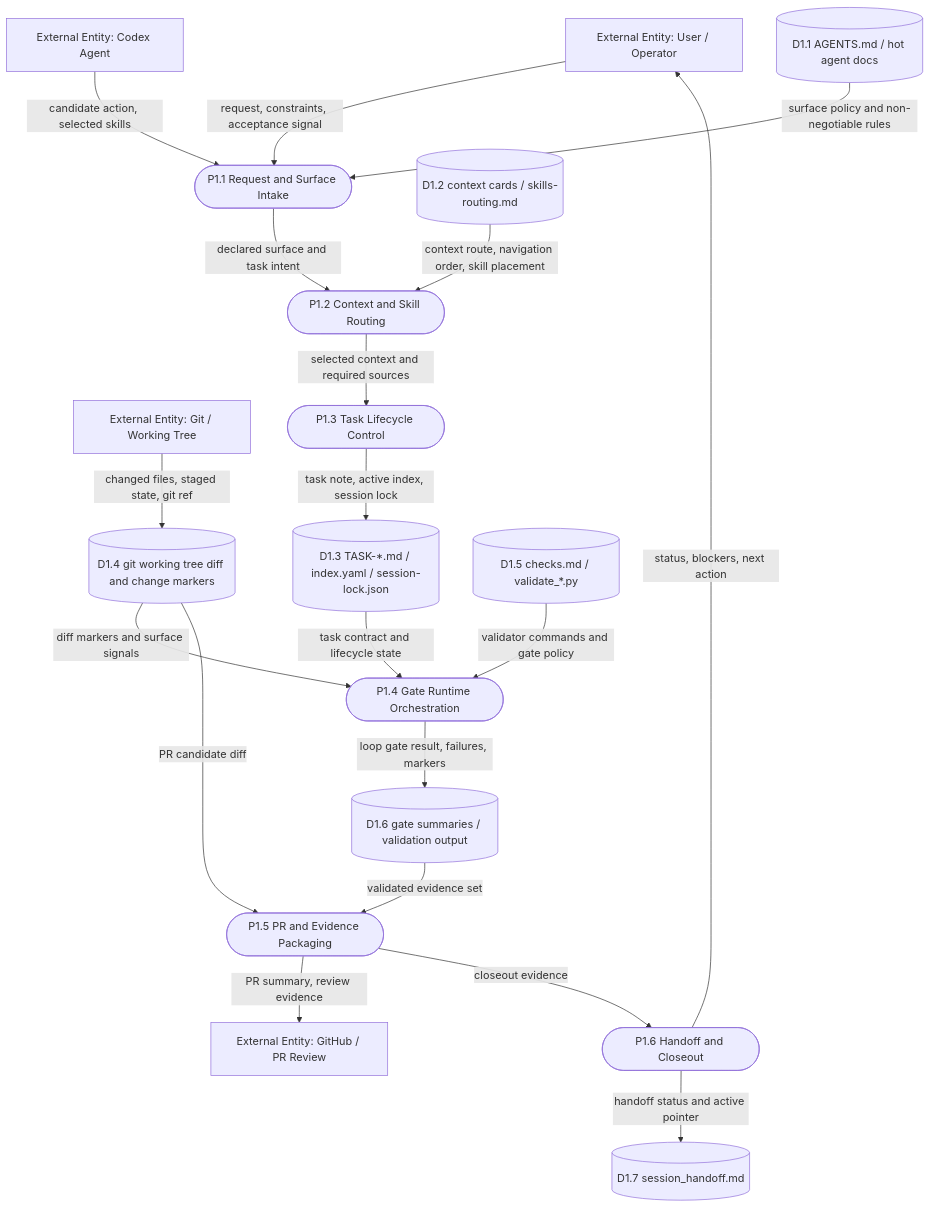
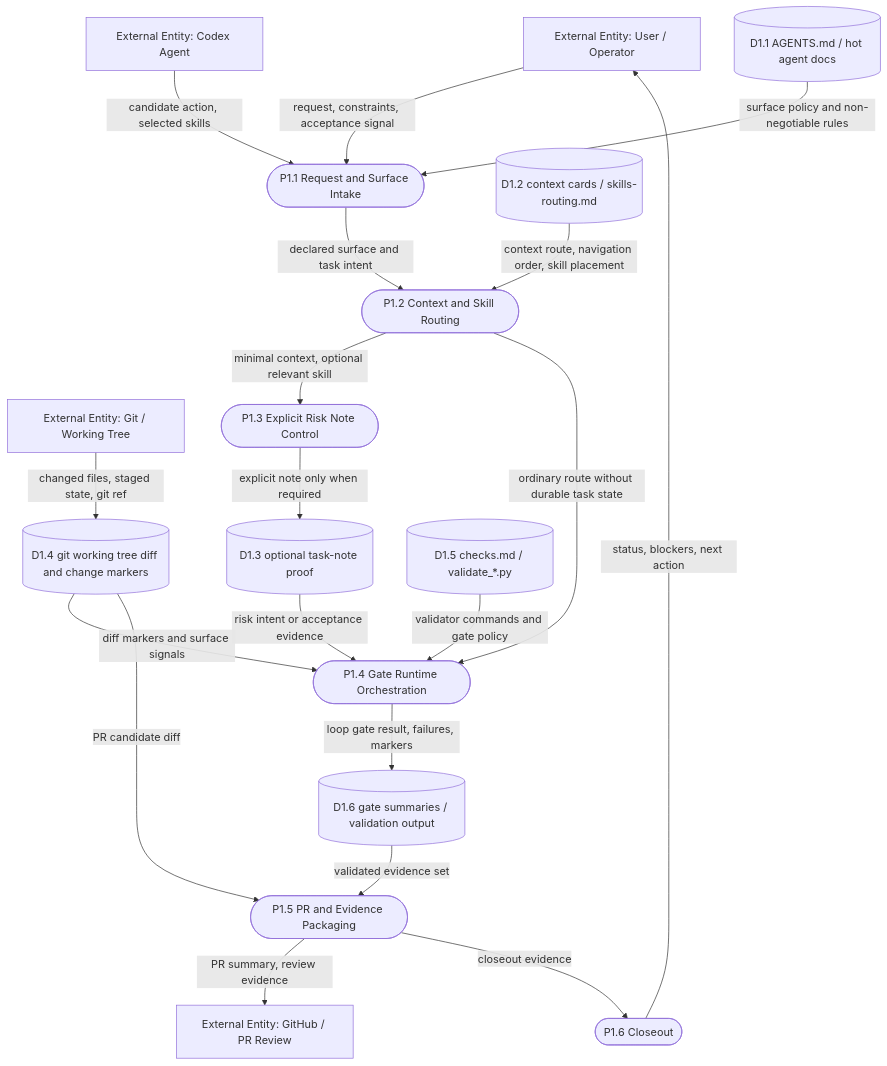
One commit to deusexrenovatio-arch/trading-advisor-3000 changed the diagram in docs/obsidian/dfd/level-1-delivery-shell.md. Above: the diagram before and after it, drawn with Mermaid. The commit also changed other lines of this file and 157 other files, not shown here.

````diff
--- a/docs/obsidian/dfd/level-1-delivery-shell.md
+++ b/docs/obsidian/dfd/level-1-delivery-shell.md
@@ -26,41 +26,40 @@
 ```mermaid
 flowchart TB
     User["External Entity: User / Operator"]
     Agent["External Entity: Codex Agent"]
     Git["External Entity: Git / Working Tree"]
     GitHub["External Entity: GitHub / PR Review"]
 
     P11(["P1.1 Request and Surface Intake"])
     P12(["P1.2 Context and Skill Routing"])
-    P13(["P1.3 Task Lifecycle Control"])
+    P13(["P1.3 Explicit Risk Note Control"])
     P14(["P1.4 Gate Runtime Orchestration"])
     P15(["P1.5 PR and Evidence Packaging"])
-    P16(["P1.6 Handoff and Closeout"])
+    P16(["P1.6 Closeout"])
 
     D11[("D1.1 AGENTS.md / hot agent docs")]
     D12[("D1.2 context cards / skills-routing.md")]
-    D13[("D1.3 TASK-*.md / index.yaml / session-lock.json")]
+    D13[("D1.3 optional task-note proof")]
     D14[("D1.4 git working tree diff and change markers")]
     D15[("D1.5 checks.md / validate_*.py")]
     D16[("D1.6 gate summaries / validation output")]
-    D17[("D1.7 session_handoff.md")]
 
     User -->|"request, constraints, acceptance signal"| P11
     Agent -->|"candidate action, selected skills"| P11
     D11 -->|"surface policy and non-negotiable rules"| P11
     P11 -->|"declared surface and task intent"| P12
     D12 -->|"context route, navigation order, skill placement"| P12
-    P12 -->|"selected context and required sources"| P13
-    P13 -->|"task note, active index, session lock"| D13
-    D13 -->|"task contract and lifecycle state"| P14
+    P12 -->|"minimal context, optional relevant skill"| P13
+    P12 -->|"ordinary route without durable task state"| P14
+    P13 -->|"explicit note only when required"| D13
+    D13 -->|"risk intent or acceptance evidence"| P14
     Git -->|"changed files, staged state, git ref"| D14
     D14 -->|"diff markers and surface signals"| P14
     D15 -->|"validator commands and gate policy"| P14
     P14 -->|"loop gate result, failures, markers"| D16
     D16 -->|"validated evidence set"| P15
     D14 -->|"PR candidate diff"| P15
     P15 -->|"PR summary, review evidence"| GitHub
     P15 -->|"closeout evidence"| P16
-    P16 -->|"handoff status and active pointer"| D17
     P16 -->|"status, blockers, next action"| User
 ```
````
